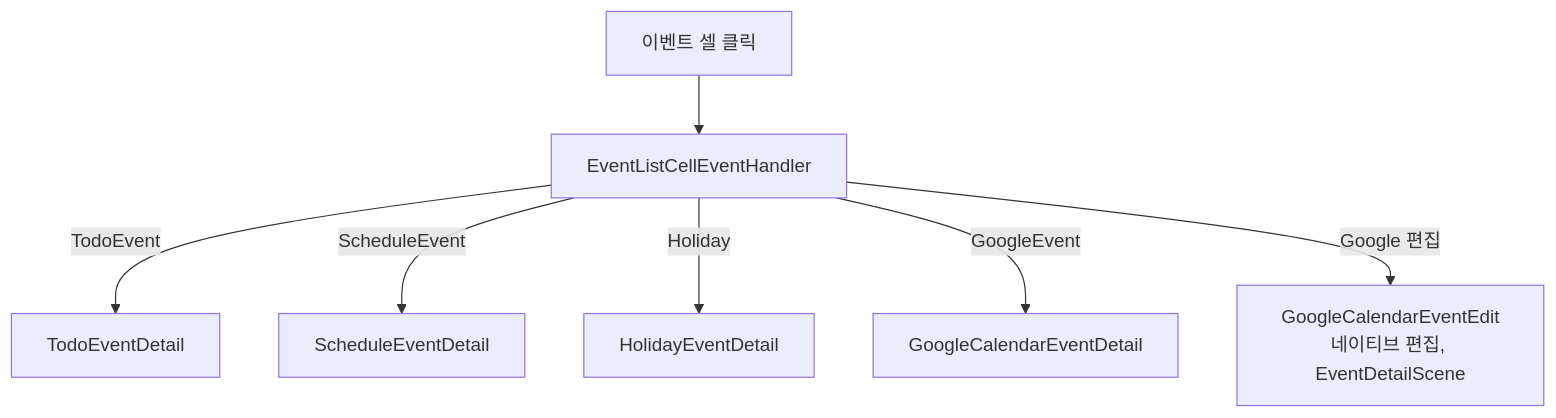
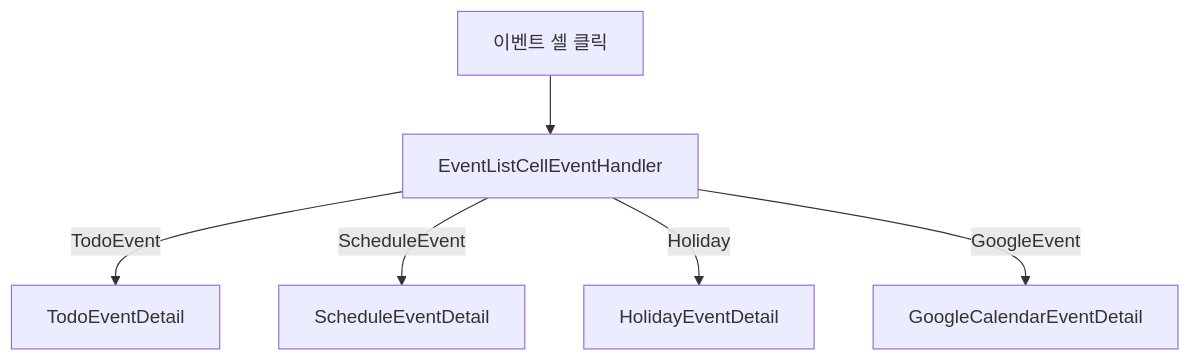
One commit to sudopark/TodoCalendar changed the third of 5 diagrams in Presentations/CalendarScenes/CLAUDE.md. Above: the diagram before and after it, drawn with Mermaid. The commit also changed 55 other files, not shown here.

````diff
--- a/Presentations/CalendarScenes/CLAUDE.md
+++ b/Presentations/CalendarScenes/CLAUDE.md
@@ -96,9 +96,8 @@
 ```mermaid
 graph TD
     Cell[이벤트 셀 클릭] --> ECH[EventListCellEventHandler]
     ECH -->|TodoEvent| TD[TodoEventDetail]
     ECH -->|ScheduleEvent| SD[ScheduleEventDetail]
     ECH -->|Holiday| HD[HolidayEventDetail]
     ECH -->|GoogleEvent| GD[GoogleCalendarEventDetail]
-    ECH -->|Google 편집| GE[GoogleCalendarEventEdit<br/>네이티브 편집, EventDetailScene]
 ```
````
